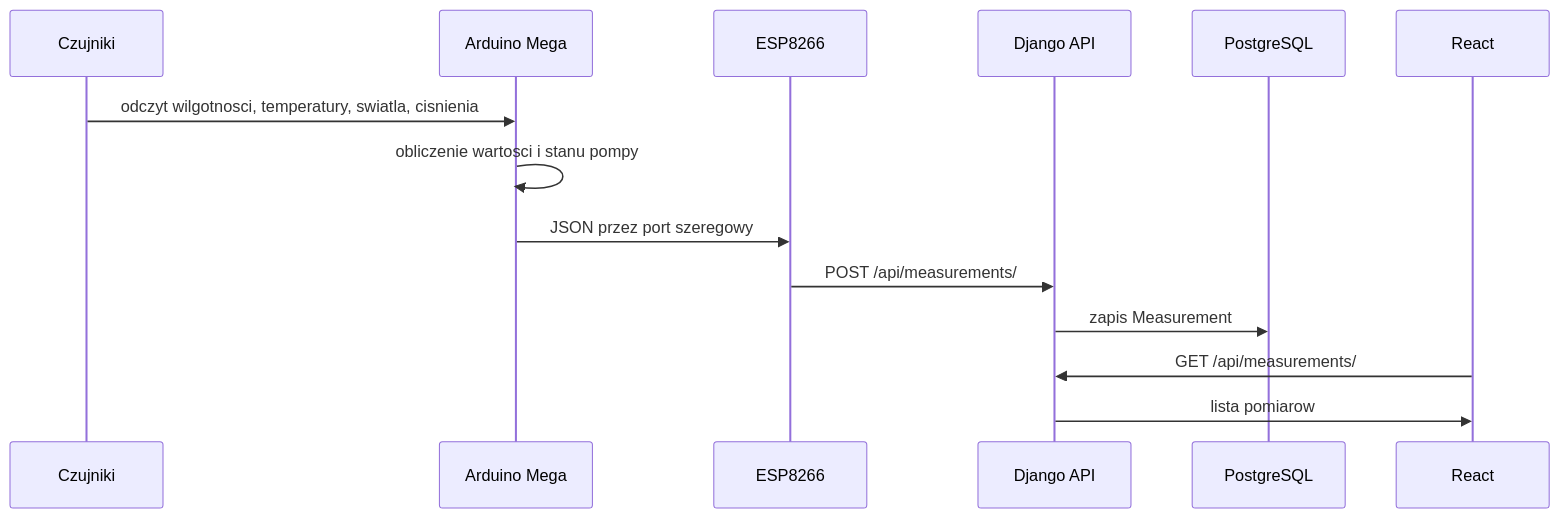
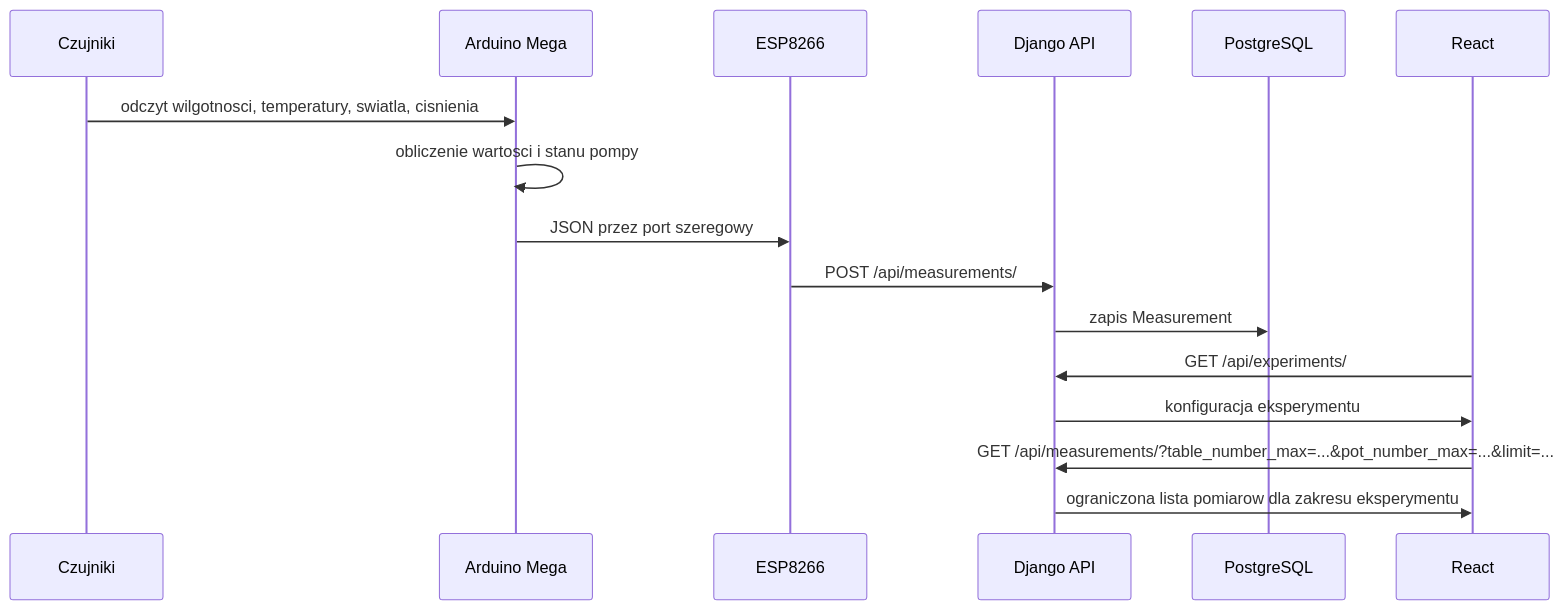
Before and after one commit to annkols/irrigation-system-project: the second of 3 diagrams in docs/02-architektura-systemu.md, drawn with Mermaid. The commit also changed other lines of this file and 39 other files, not shown here.

````diff
--- a/docs/02-architektura-systemu.md
+++ b/docs/02-architektura-systemu.md
@@ -25,17 +25,19 @@
 ```mermaid
 sequenceDiagram
     participant Sensors as Czujniki
     participant Arduino as Arduino Mega
     participant ESP as ESP8266
     participant API as Django API
     participant DB as PostgreSQL
     participant UI as React
 
     Sensors->>Arduino: odczyt wilgotnosci, temperatury, swiatla, cisnienia
     Arduino->>Arduino: obliczenie wartosci i stanu pompy
     Arduino->>ESP: JSON przez port szeregowy
     ESP->>API: POST /api/measurements/
     API->>DB: zapis Measurement
-    UI->>API: GET /api/measurements/
-    API->>UI: lista pomiarow
+    UI->>API: GET /api/experiments/
+    API->>UI: konfiguracja eksperymentu
+    UI->>API: GET /api/measurements/?table_number_max=...&pot_number_max=...&limit=...
+    API->>UI: ograniczona lista pomiarow dla zakresu eksperymentu
 ```
````
